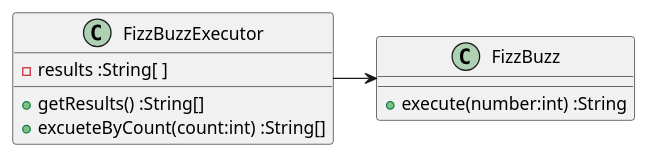
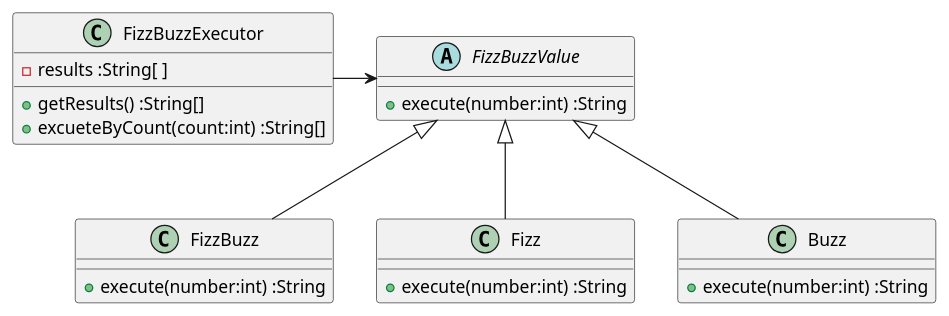
The first of 2 diagrams in docs/src/fizzbuzz.md (k2works/etude_for_java), drawn with PlantUML before and after one commit. The commit also changed other lines of this file and 3 other files, not shown here.

First line of the commit message:
FizzBuzz #EFJ-8

````diff
--- a/docs/src/fizzbuzz.md
+++ b/docs/src/fizzbuzz.md
@@ -30,14 +31,26 @@
 ```puml
 @startuml
 class FizzBuzzExecutor {
   -results :String[ ]
   +getResults() :String[]  
   +excueteByCount(count:int) :String[]
 }
+abstract class FizzBuzzValue {
+  +execute(number:int) :String
+}
 class FizzBuzz {
   +execute(number:int) :String
 }
+class Fizz {
+  +execute(number:int) :String
+}
+class Buzz {
+  +execute(number:int) :String  
+}
+FizzBuzzExecutor -> FizzBuzzValue
+FizzBuzzValue <|-- Fizz
+FizzBuzzValue <|-- Buzz
+FizzBuzzValue <|-- FizzBuzz
 
-FizzBuzzExecutor -> FizzBuzz
 @enduml
 ```
````
